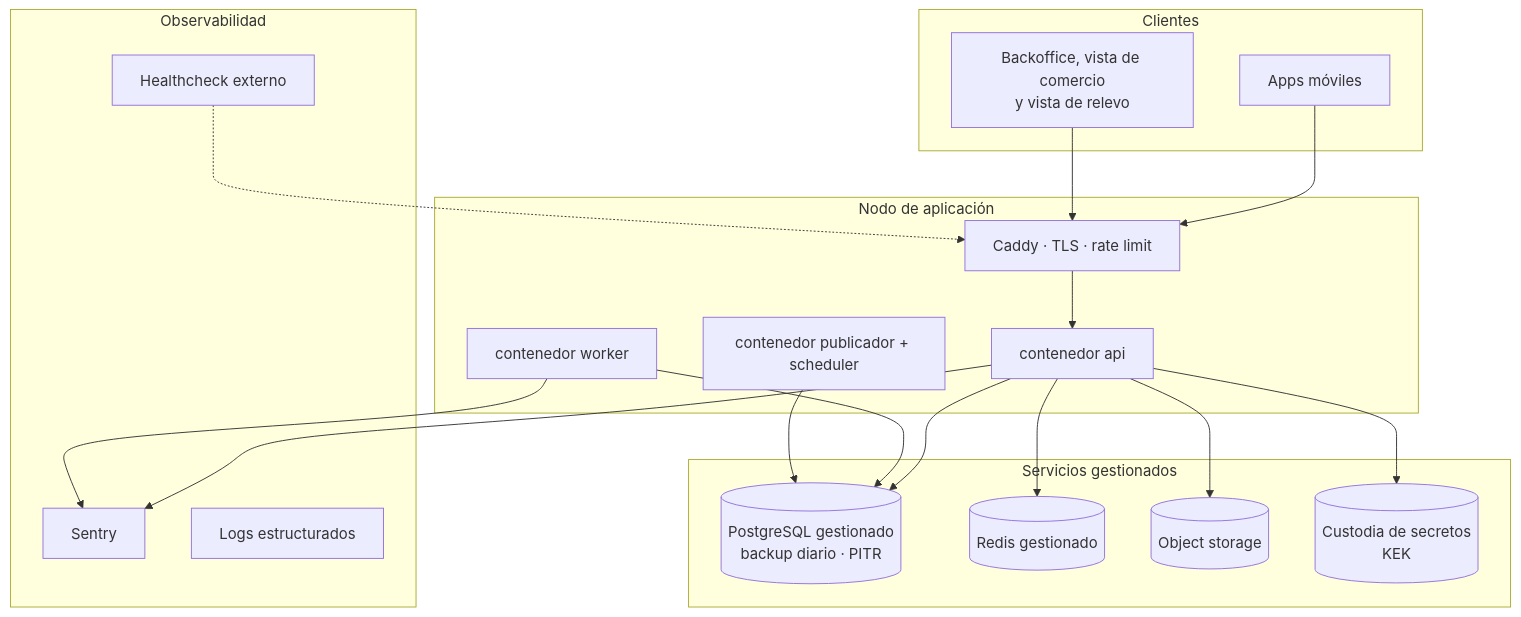
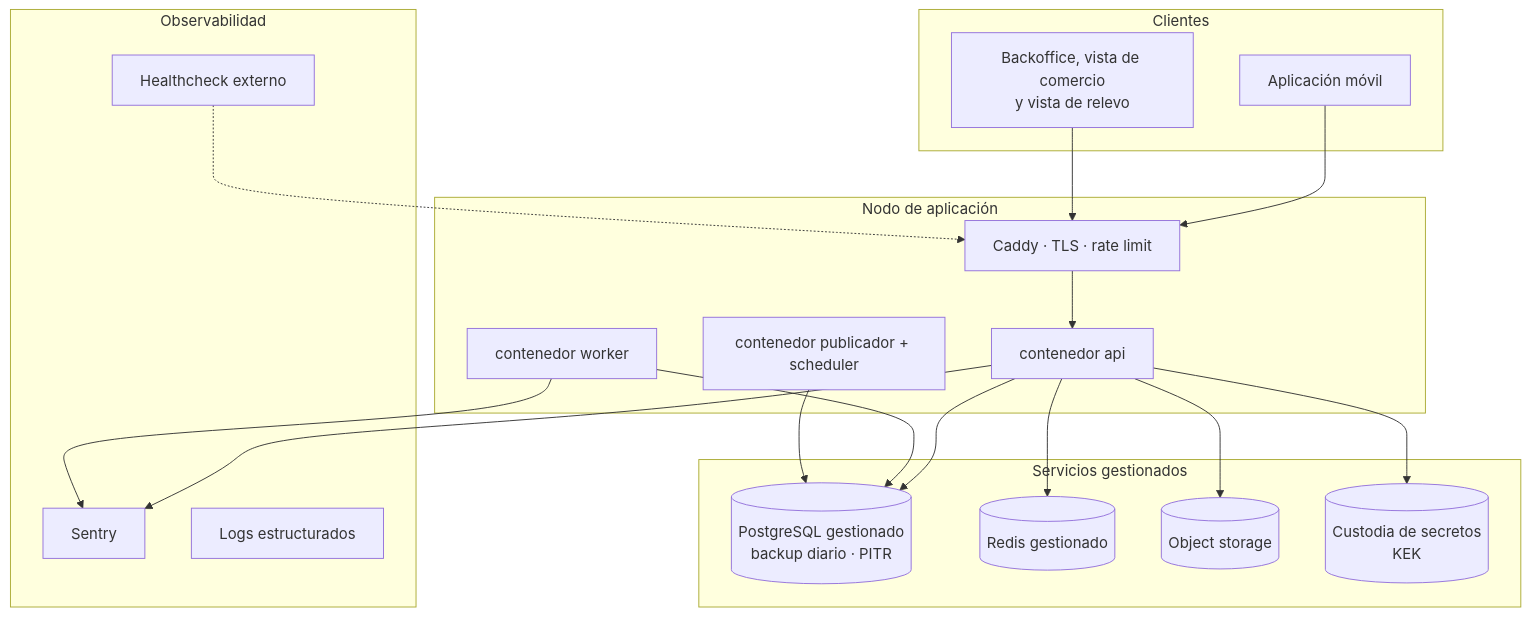
Diagram 11 of 11 in Docs/arquitectura.md (MartinHenriquez131/MATU), drawn with Mermaid before and after one commit. The commit also changed other lines of this file, not shown here.

````diff
--- a/Docs/arquitectura.md
+++ b/Docs/arquitectura.md
@@ -1452,36 +1340,36 @@
 ```mermaid
 graph TB
     subgraph "Clientes"
-        MOB["Apps móviles"]
+        MOB["Aplicación móvil"]
         WEB["Backoffice, vista de comercio<br/>y vista de relevo"]
     end
     subgraph "Nodo de aplicación"
         CAD["Caddy · TLS · rate limit"]
         C1["contenedor api"]
         C2["contenedor worker"]
         C3["contenedor publicador + scheduler"]
     end
     subgraph "Servicios gestionados"
         PG[("PostgreSQL gestionado<br/>backup diario · PITR")]
         RDS[("Redis gestionado")]
         S3[("Object storage")]
         KMS[("Custodia de secretos<br/>KEK")]
     end
     subgraph "Observabilidad"
         SEN["Sentry"]
         LOG["Logs estructurados"]
         UP["Healthcheck externo"]
     end
     MOB --> CAD
     WEB --> CAD
     CAD --> C1
     C1 --> PG
     C1 --> RDS
     C1 --> S3
     C1 --> KMS
     C2 --> PG
     C3 --> PG
     C1 --> SEN
     C2 --> SEN
     UP -.-> CAD
 ```
````
